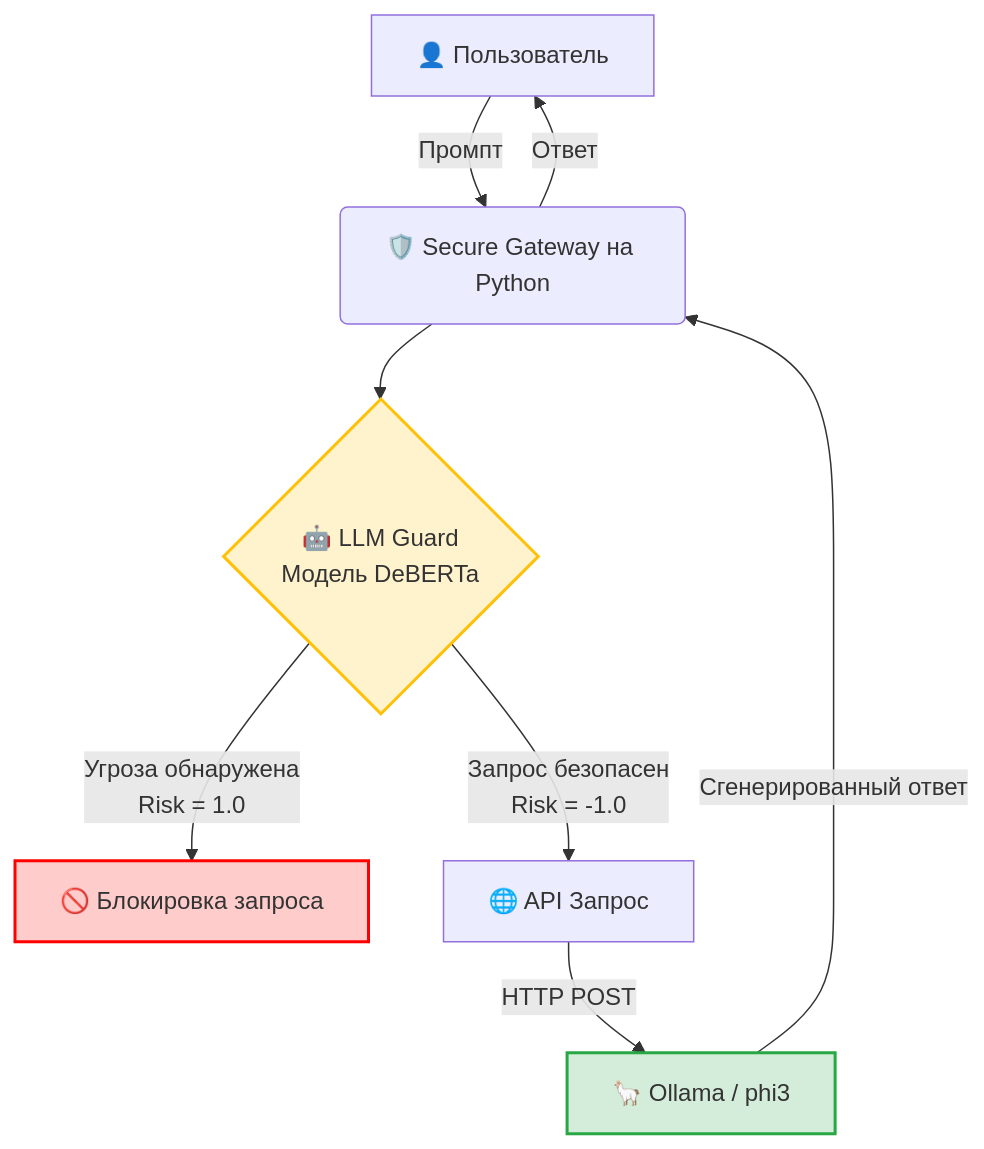
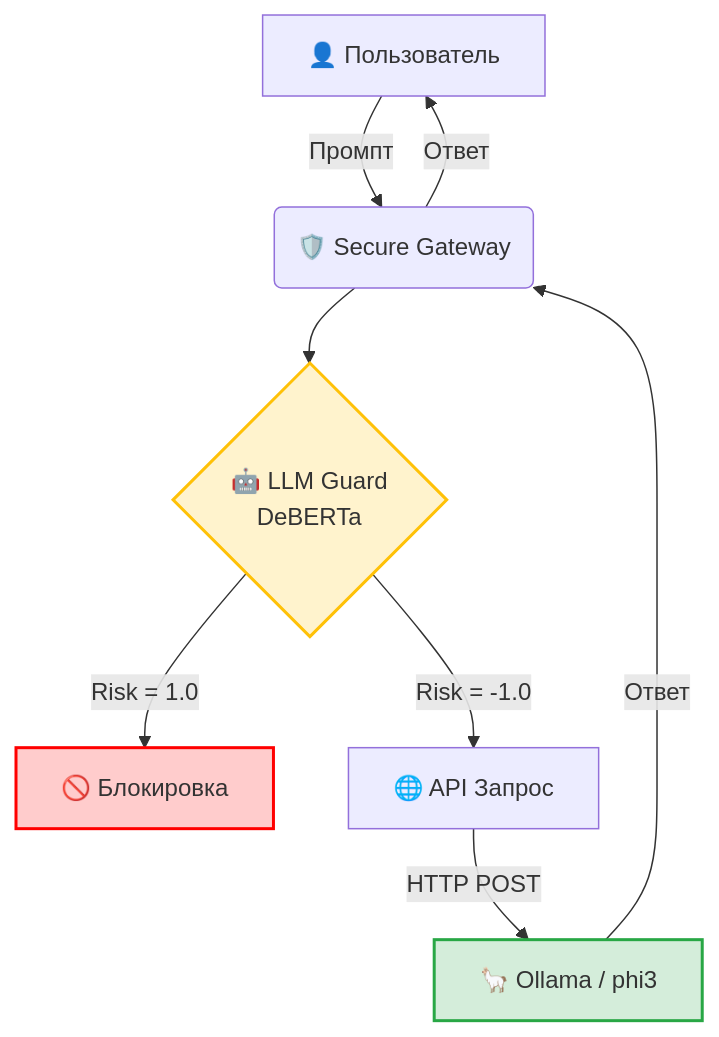
The first of 9 diagrams in README.md (klubnikindd/AI_Security_Lab), drawn with Mermaid before and after one commit. The commit also changed other lines of this file, not shown here.

Commit message:
docs: Complete README rewrite — remove duplicates, fix Codespaces link, sync with LLM Judge and Exporter

````diff
--- a/README.md
+++ b/README.md
@@ -118,13 +117,13 @@
 ```mermaid
 graph TD
-    A[👤 Пользователь] -->|Промпт| B(🛡️ Secure Gateway на Python)
-    B --> C{"🤖 LLM Guard<br/>Модель DeBERTa"}
-    C -->|"Угроза обнаружена<br/>Risk = 1.0"| D[🚫 Блокировка запроса]
-    C -->|"Запрос безопасен<br/>Risk = -1.0"| E[🌐 API Запрос]
-    E -->|HTTP POST| F[🦙 Ollama / phi3]
-    F -->|Сгенерированный ответ| B
-    B -->|Ответ| A
+    A["👤 Пользователь"] -->|"Промпт"| B("🛡️ Secure Gateway")
+    B --> C{"🤖 LLM Guard<br/>DeBERTa"}
+    C -->|"Risk = 1.0"| D["🚫 Блокировка"]
+    C -->|"Risk = -1.0"| E["🌐 API Запрос"]
+    E -->|"HTTP POST"| F["🦙 Ollama / phi3"]
+    F -->|"Ответ"| B
+    B -->|"Ответ"| A
     style D fill:#ffcccc,stroke:#ff0000,stroke-width:2px
     style F fill:#d4edda,stroke:#28a745,stroke-width:2px
     style C fill:#fff3cd,stroke:#ffc107,stroke-width:2px
 ```
````
